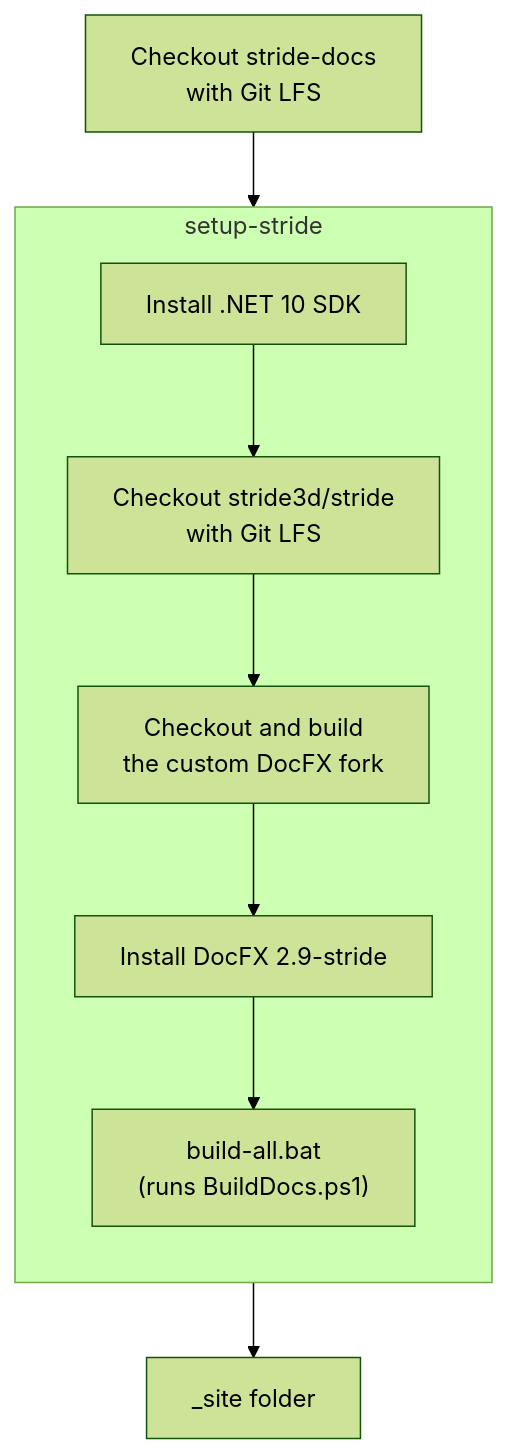
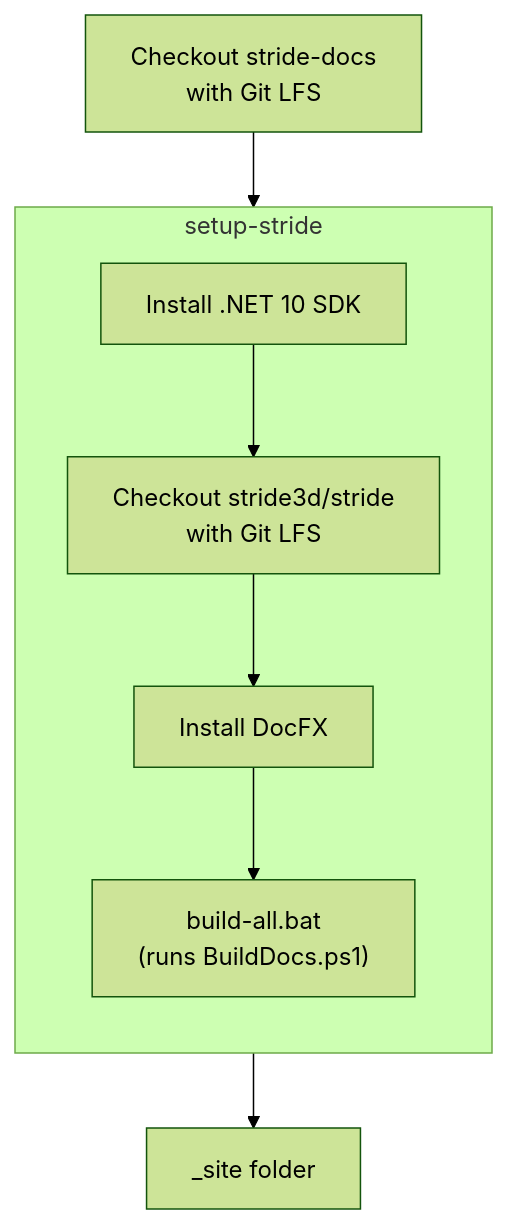
The second of 3 diagrams in en/contributors/documentation/github-actions.md (stride3d/stride-docs), drawn with Mermaid (forest theme) before and after one commit. The commit also changed other lines of this file and 3 other files, not shown here.

````diff
--- a/en/contributors/documentation/github-actions.md
+++ b/en/contributors/documentation/github-actions.md
@@ -74,14 +74,13 @@
 ``` mermaid
 flowchart TD
     A[Checkout stride-docs<br/>with Git LFS] --> B[setup-stride composite action]
 
     subgraph B[setup-stride]
       direction TB
       B1[Install .NET 10 SDK] --> B3[Checkout stride3d/stride<br/>with Git LFS]
-      B3 --> B5[Checkout and build<br/>the custom DocFX fork]
-      B5 --> B6[Install DocFX 2.9-stride]
+      B3 --> B6[Install DocFX]
       B6 --> B7["build-all.bat<br/>(runs BuildDocs.ps1)"]
     end
 
     B --> C[_site folder]
 ```
````
